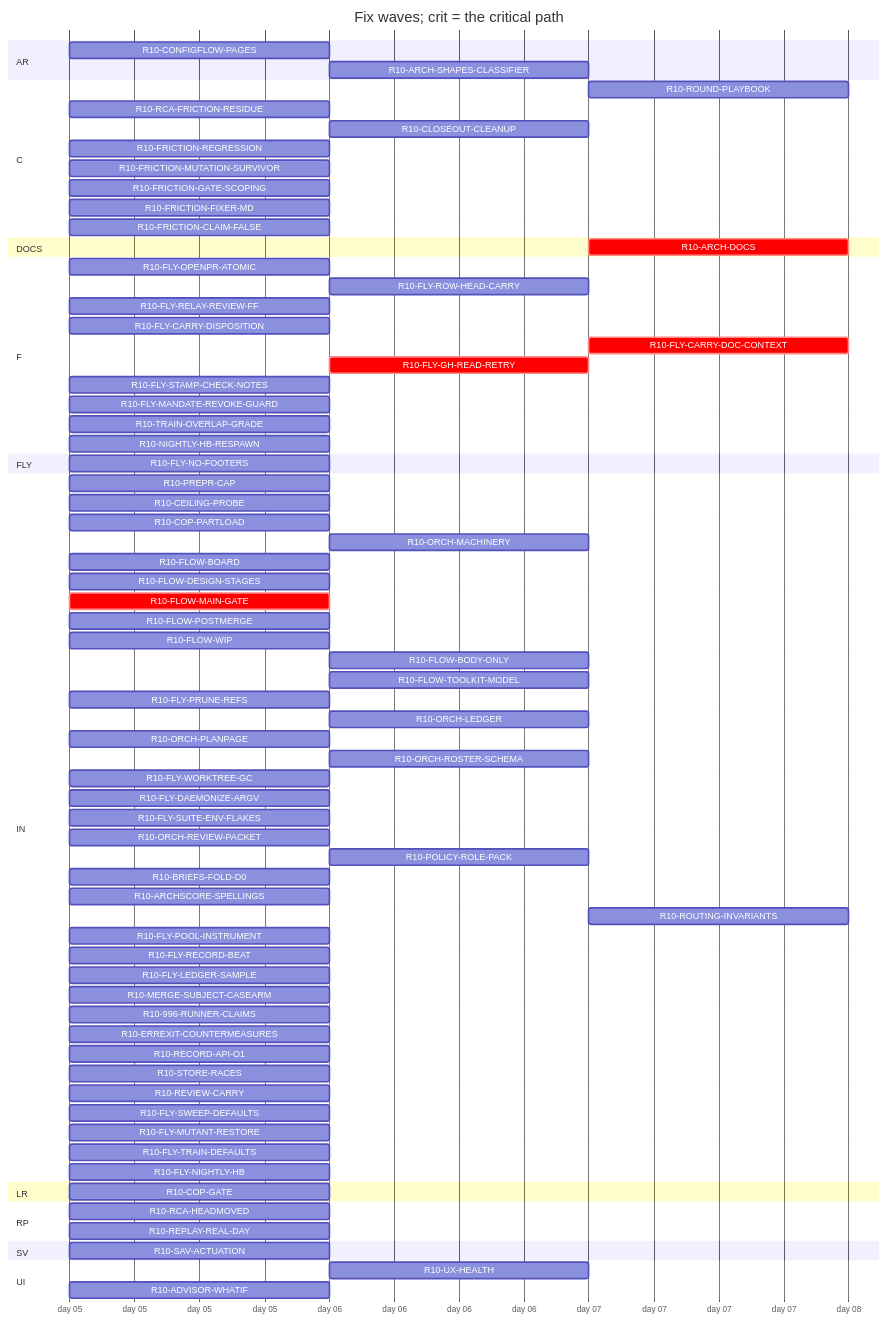
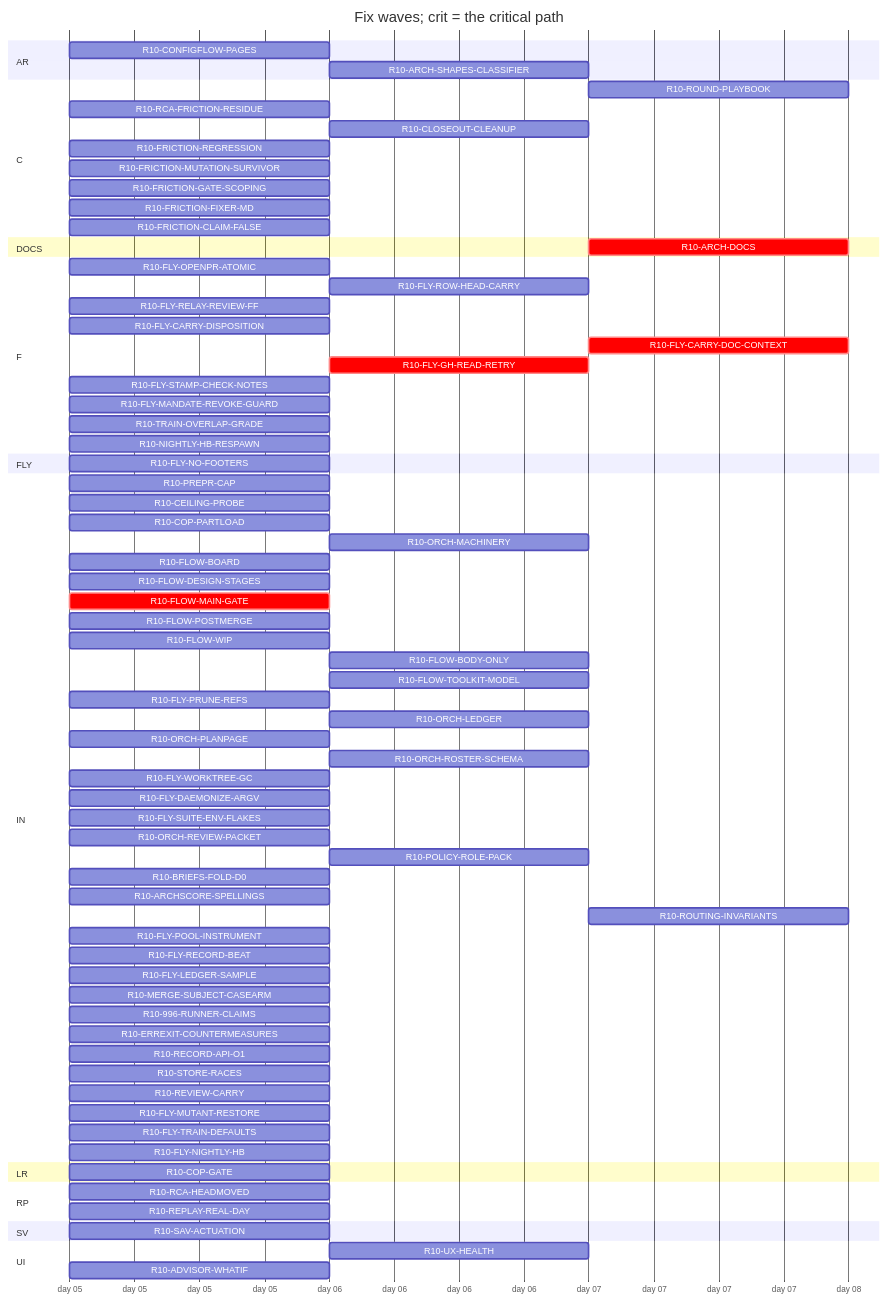
One commit to tvofi/heatpump_optimizer changed the diagram in handoff/round10/state/PLAN-TABLE.md. Above: the diagram before and after it, drawn with Mermaid. The commit also changed other lines of this file and 3 other files, not shown here.

Commit message:
state: FLOW-BOARD.md, NEXT-SESSION-PROMPT.md, PLAN-TABLE.md, RESUME-CURRENT.md regenerated (state_docs.py)

````diff
--- a/handoff/round10/state/PLAN-TABLE.md
+++ b/handoff/round10/state/PLAN-TABLE.md
@@ -23,80 +23,79 @@
 ```mermaid
 gantt
   title Fix waves; crit = the critical path
   dateFormat YYYY-MM-DD
   axisFormat day %d
   section AR
     R10-CONFIGFLOW-PAGES :r10CONFIGFLOWPAGES, 2026-01-05, 1d
     R10-ARCH-SHAPES-CLASSIFIER :r10ARCHSHAPESCLASSIFIER, after r10996RUNNERCLAIMS, 1d
   section C
     R10-ROUND-PLAYBOOK :r10ROUNDPLAYBOOK, after r10ORCHLEDGER r10ORCHPLANPAGE r10FLOWMAINGATE r10FLYRELAYREVIEWFF r10FLOWBODYONLY, 1d
     R10-RCA-FRICTION-RESIDUE :r10RCAFRICTIONRESIDUE, 2026-01-05, 1d
     R10-CLOSEOUT-CLEANUP :r10CLOSEOUTCLEANUP, after r10FLYPRUNEREFS r10FLYWORKTREEGC, 1d
     R10-FRICTION-REGRESSION :r10FRICTIONREGRESSION, 2026-01-05, 1d
     R10-FRICTION-MUTATION-SURVIVOR :r10FRICTIONMUTATIONSURVIVOR, 2026-01-05, 1d
     R10-FRICTION-GATE-SCOPING :r10FRICTIONGATESCOPING, 2026-01-05, 1d
     R10-FRICTION-FIXER-MD :r10FRICTIONFIXERMD, 2026-01-05, 1d
     R10-FRICTION-CLAIM-FALSE :r10FRICTIONCLAIMFALSE, 2026-01-05, 1d
   section DOCS
     R10-ARCH-DOCS :crit, r10ARCHDOCS, after r10COPGATE r10UXHEALTH r10CONFIGFLOWPAGES r10RCAHEADMOVED r10CEILINGPROBE r10COPPARTLOAD r10FLOWBOARD r10FLOWDESIGNSTAGES r10FLOWPOSTMERGE r10FLOWWIP r10FLOWBODYONLY r10FLYOPENPRATOMIC r10FLYROWHEADCARRY r10FLYRELAYREVIEWFF r10FLYCARRYDISPOSITION r10FLYCARRYDOCCONTEXT r10FLOWTOOLKITMODEL r10FLYSTAMPCHECKNOTES r10FLYMANDATEREVOKEGUARD r10RCAFRICTIONRESIDUE r10TRAINOVERLAPGRADE r10NIGHTLYHBRESPAWN r10FLYPRUNEREFS r10ORCHLEDGER r10ORCHPLANPAGE r10ORCHROSTERSCHEMA r10FLYWORKTREEGC r10FLYDAEMONIZEARGV r10ORCHREVIEWPACKET r10POLICYROLEPACK r10BRIEFSFOLDD0 r10REPLAYREALDAY r10ARCHSCORESPELLINGS r10SAVACTUATION r10FLYLEDGERSAMPLE, 1d
   section F
     R10-FLY-OPENPR-ATOMIC :r10FLYOPENPRATOMIC, 2026-01-05, 1d
     R10-FLY-ROW-HEAD-CARRY :r10FLYROWHEADCARRY, after r10FLYOPENPRATOMIC, 1d
     R10-FLY-RELAY-REVIEW-FF :r10FLYRELAYREVIEWFF, 2026-01-05, 1d
     R10-FLY-CARRY-DISPOSITION :r10FLYCARRYDISPOSITION, 2026-01-05, 1d
     R10-FLY-CARRY-DOC-CONTEXT :crit, r10FLYCARRYDOCCONTEXT, after r10FLYGHREADRETRY, 1d
     R10-FLY-GH-READ-RETRY :crit, r10FLYGHREADRETRY, after r10FLOWMAINGATE, 1d
     R10-FLY-STAMP-CHECK-NOTES :r10FLYSTAMPCHECKNOTES, 2026-01-05, 1d
     R10-FLY-MANDATE-REVOKE-GUARD :r10FLYMANDATEREVOKEGUARD, 2026-01-05, 1d
     R10-TRAIN-OVERLAP-GRADE :r10TRAINOVERLAPGRADE, 2026-01-05, 1d
     R10-NIGHTLY-HB-RESPAWN :r10NIGHTLYHBRESPAWN, 2026-01-05, 1d
   section FLY
     R10-FLY-NO-FOOTERS :r10FLYNOFOOTERS, 2026-01-05, 1d
   section IN
     R10-PREPR-CAP :r10PREPRCAP, 2026-01-05, 1d
     R10-CEILING-PROBE :r10CEILINGPROBE, 2026-01-05, 1d
     R10-COP-PARTLOAD :r10COPPARTLOAD, 2026-01-05, 1d
     R10-ORCH-MACHINERY :r10ORCHMACHINERY, after r10FLOWMAINGATE, 1d
     R10-FLOW-BOARD :r10FLOWBOARD, 2026-01-05, 1d
     R10-FLOW-DESIGN-STAGES :r10FLOWDESIGNSTAGES, 2026-01-05, 1d
     R10-FLOW-MAIN-GATE :crit, r10FLOWMAINGATE, 2026-01-05, 1d
     R10-FLOW-POSTMERGE :r10FLOWPOSTMERGE, 2026-01-05, 1d
     R10-FLOW-WIP :r10FLOWWIP, 2026-01-05, 1d
     R10-FLOW-BODY-ONLY :r10FLOWBODYONLY, after r10FLYOPENPRATOMIC, 1d
     R10-FLOW-TOOLKIT-MODEL :r10FLOWTOOLKITMODEL, after r10ORCHPLANPAGE, 1d
     R10-FLY-PRUNE-REFS :r10FLYPRUNEREFS, 2026-01-05, 1d
     R10-ORCH-LEDGER :r10ORCHLEDGER, after r10FLOWMAINGATE, 1d
     R10-ORCH-PLANPAGE :r10ORCHPLANPAGE, 2026-01-05, 1d
     R10-ORCH-ROSTER-SCHEMA :r10ORCHROSTERSCHEMA, after r10FLOWMAINGATE, 1d
     R10-FLY-WORKTREE-GC :r10FLYWORKTREEGC, 2026-01-05, 1d
     R10-FLY-DAEMONIZE-ARGV :r10FLYDAEMONIZEARGV, 2026-01-05, 1d
     R10-FLY-SUITE-ENV-FLAKES :r10FLYSUITEENVFLAKES, 2026-01-05, 1d
     R10-ORCH-REVIEW-PACKET :r10ORCHREVIEWPACKET, 2026-01-05, 1d
     R10-POLICY-ROLE-PACK :r10POLICYROLEPACK, after r10FLOWDESIGNSTAGES, 1d
     R10-BRIEFS-FOLD-D0 :r10BRIEFSFOLDD0, 2026-01-05, 1d
     R10-ARCHSCORE-SPELLINGS :r10ARCHSCORESPELLINGS, 2026-01-05, 1d
     R10-ROUTING-INVARIANTS :r10ROUTINGINVARIANTS, after r10ORCHROSTERSCHEMA, 1d
     R10-FLY-POOL-INSTRUMENT :r10FLYPOOLINSTRUMENT, 2026-01-05, 1d
     R10-FLY-RECORD-BEAT :r10FLYRECORDBEAT, 2026-01-05, 1d
     R10-FLY-LEDGER-SAMPLE :r10FLYLEDGERSAMPLE, 2026-01-05, 1d
     R10-MERGE-SUBJECT-CASEARM :r10MERGESUBJECTCASEARM, 2026-01-05, 1d
     R10-996-RUNNER-CLAIMS :r10996RUNNERCLAIMS, 2026-01-05, 1d
     R10-ERREXIT-COUNTERMEASURES :r10ERREXITCOUNTERMEASURES, 2026-01-05, 1d
     R10-RECORD-API-O1 :r10RECORDAPIO1, 2026-01-05, 1d
     R10-STORE-RACES :r10STORERACES, 2026-01-05, 1d
     R10-REVIEW-CARRY :r10REVIEWCARRY, 2026-01-05, 1d
-    R10-FLY-SWEEP-DEFAULTS :r10FLYSWEEPDEFAULTS, 2026-01-05, 1d
     R10-FLY-MUTANT-RESTORE :r10FLYMUTANTRESTORE, 2026-01-05, 1d
     R10-FLY-TRAIN-DEFAULTS :r10FLYTRAINDEFAULTS, 2026-01-05, 1d
     R10-FLY-NIGHTLY-HB :r10FLYNIGHTLYHB, 2026-01-05, 1d
   section LR
     R10-COP-GATE :r10COPGATE, 2026-01-05, 1d
   section RP
     R10-RCA-HEADMOVED :r10RCAHEADMOVED, 2026-01-05, 1d
     R10-REPLAY-REAL-DAY :r10REPLAYREALDAY, 2026-01-05, 1d
   section SV
     R10-SAV-ACTUATION :r10SAVACTUATION, 2026-01-05, 1d
   section UI
     R10-UX-HEALTH :r10UXHEALTH, after r10COPGATE, 1d
     R10-ADVISOR-WHATIF :r10ADVISORWHATIF, 2026-01-05, 1d
 ```
````
